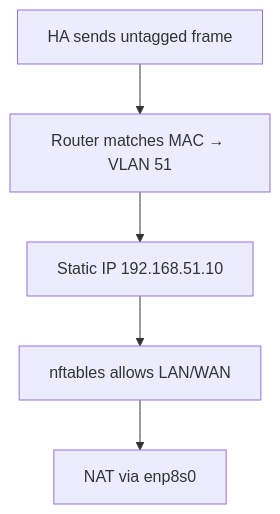
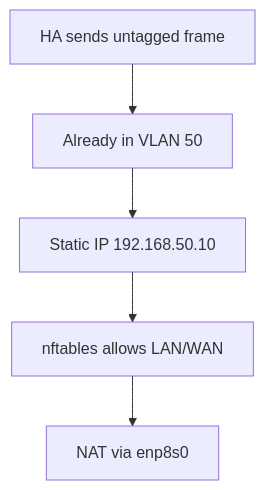
Before and after one commit to GEMISIS/home-network-setup: the sixth of 8 diagrams in SOFTWARE.md, drawn with Mermaid. The commit also changed other lines of this file and 10 other files, not shown here.

````diff
--- a/SOFTWARE.md
+++ b/SOFTWARE.md
@@ -112,7 +109,7 @@
 ```mermaid
 flowchart TD
-    A[HA sends untagged frame] --> B[Router matches MAC → VLAN 51]
-    B --> C[Static IP 192.168.51.10]
+    A[HA sends untagged frame] --> B[Already in VLAN 50]
+    B --> C[Static IP 192.168.50.10]
     C --> D[nftables allows LAN/WAN]
     D --> E[NAT via enp8s0]
 ```
````
